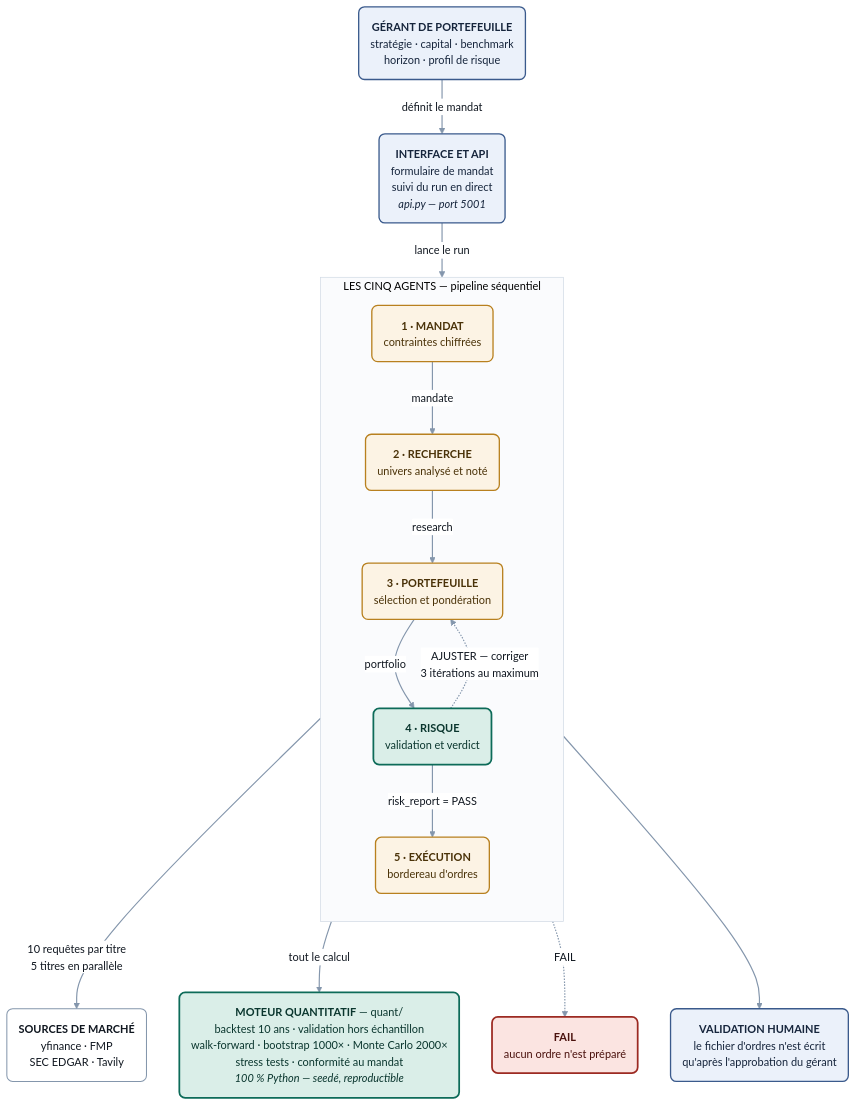
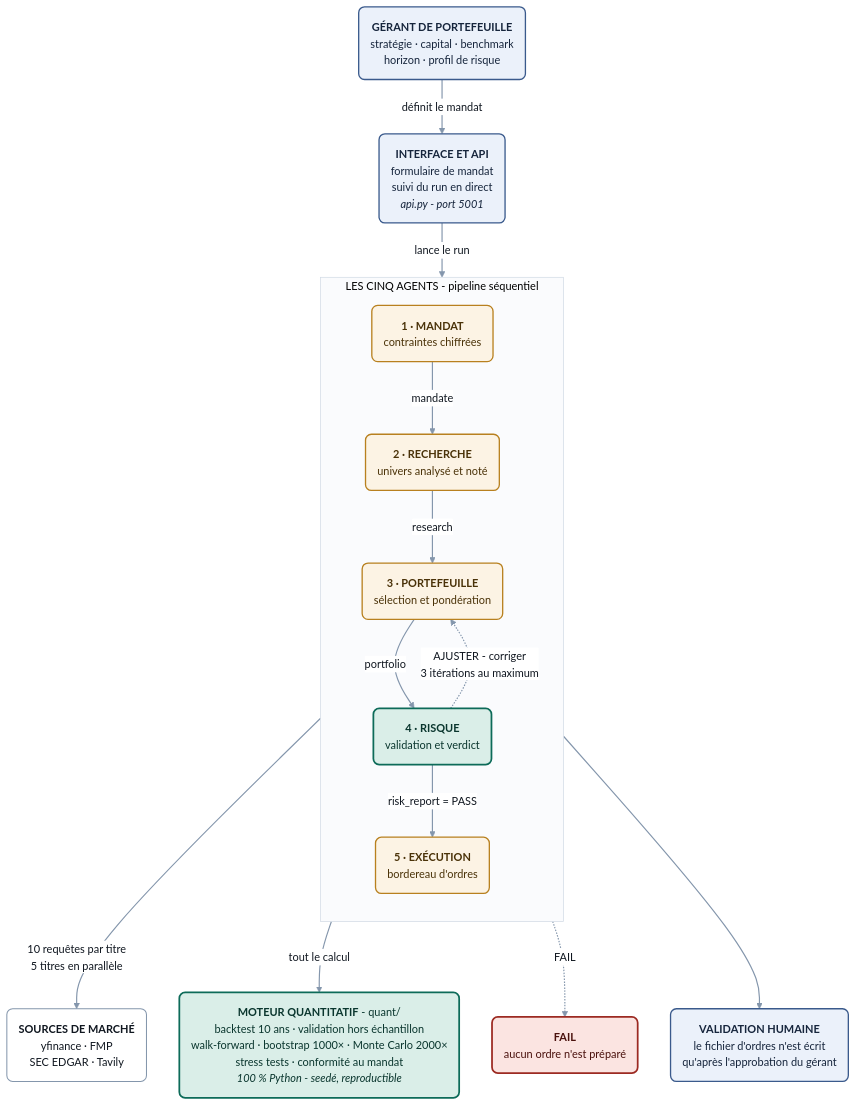
Before and after one commit to damienkuhnz-tech/AlphaSwarm-AI: the diagram in docs/architecture/architecture_AlphaSwarm.mmd, drawn with Mermaid. The commit also changed 106 other files, not shown here.

```diff
--- a/docs/architecture/architecture_AlphaSwarm.mmd
+++ b/docs/architecture/architecture_AlphaSwarm.mmd
@@ -1,66 +1,66 @@
 ---
 config:
   theme: base
   themeVariables:
     fontFamily: "Segoe UI, Helvetica Neue, Arial, sans-serif"
     fontSize: 15px
     lineColor: "#8496AC"
     primaryColor: "#FFFFFF"
     primaryTextColor: "#101720"
     primaryBorderColor: "#8496AC"
     clusterBkg: "#FAFBFD"
     clusterBorder: "#D3DBE6"
     edgeLabelBackground: "#FFFFFF"
     tertiaryColor: "#FFFFFF"
   flowchart:
     curve: basis
     padding: 16
     nodeSpacing: 45
     rankSpacing: 52
     wrappingWidth: 420
     useMaxWidth: true
 ---
 flowchart TB
 
   GERANT("<b>GÉRANT DE PORTEFEUILLE</b><br/>stratégie · capital · benchmark<br/>horizon · profil de risque")
-  WEB("<b>INTERFACE ET API</b><br/>formulaire de mandat<br/>suivi du run en direct<br/><i>api.py — port 5001</i>")
+  WEB("<b>INTERFACE ET API</b><br/>formulaire de mandat<br/>suivi du run en direct<br/><i>api.py - port 5001</i>")
 
-  subgraph PIPE["&nbsp;&nbsp;LES CINQ AGENTS — pipeline séquentiel&nbsp;&nbsp;"]
+  subgraph PIPE["&nbsp;&nbsp;LES CINQ AGENTS - pipeline séquentiel&nbsp;&nbsp;"]
     direction TB
     A1("<b>1 · MANDAT</b><br/>contraintes chiffrées")
     A2("<b>2 · RECHERCHE</b><br/>univers analysé et noté")
     A3("<b>3 · PORTEFEUILLE</b><br/>sélection et pondération")
     A4("<b>4 · RISQUE</b><br/>validation et verdict")
     A5("<b>5 · EXÉCUTION</b><br/>bordereau d'ordres")
     A1 -->|mandate| A2
     A2 -->|research| A3
     A3 -->|portfolio| A4
     A4 ==>|"risk_report = PASS"| A5
-    A4 -.->|"AJUSTER — corriger<br/>3 itérations au maximum"| A3
+    A4 -.->|"AJUSTER - corriger<br/>3 itérations au maximum"| A3
   end
 
   SRC("<b>SOURCES DE MARCHÉ</b><br/>yfinance · FMP<br/>SEC EDGAR · Tavily")
   STOP("<b>FAIL</b><br/>aucun ordre n'est préparé")
-  QUANT("<b>MOTEUR QUANTITATIF</b> — quant/<br/>backtest 10 ans · validation hors échantillon<br/>walk-forward · bootstrap 1000× · Monte Carlo 2000×<br/>stress tests · conformité au mandat<br/><i>100 % Python — seedé, reproductible</i>")
+  QUANT("<b>MOTEUR QUANTITATIF</b> - quant/<br/>backtest 10 ans · validation hors échantillon<br/>walk-forward · bootstrap 1000× · Monte Carlo 2000×<br/>stress tests · conformité au mandat<br/><i>100 % Python - seedé, reproductible</i>")
   OK("<b>VALIDATION HUMAINE</b><br/>le fichier d'ordres n'est écrit<br/>qu'après l'approbation du gérant")
 
   GERANT -->|définit le mandat| WEB
   WEB -->|lance le run| A1
   A2 -->|"10 requêtes par titre<br/>5 titres en parallèle"| SRC
   A4 -->|tout le calcul| QUANT
   A4 -.->|FAIL| STOP
   A5 --> OK
 
   classDef juge fill:#FCF3E4,stroke:#B8801F,stroke-width:1.8px,color:#4A3208,rx:8,ry:8;
   classDef calc fill:#DAEEE8,stroke:#0D6B59,stroke-width:2.4px,color:#0A362E,rx:8,ry:8;
   classDef io fill:#EBF1FA,stroke:#3A5A8C,stroke-width:1.8px,color:#16253C,rx:8,ry:8;
   classDef stop fill:#FBE4E1,stroke:#9C2A22,stroke-width:2.4px,color:#4A110D,rx:8,ry:8;
   classDef data fill:#FFFFFF,stroke:#8496AC,stroke-width:1.4px,color:#101720,rx:8,ry:8;
 
   class A1,A2,A3,A5 juge;
   class A4,QUANT calc;
   class GERANT,WEB,OK io;
   class STOP stop;
   class SRC data;
 
   linkStyle default stroke-width:1.6px;
```
